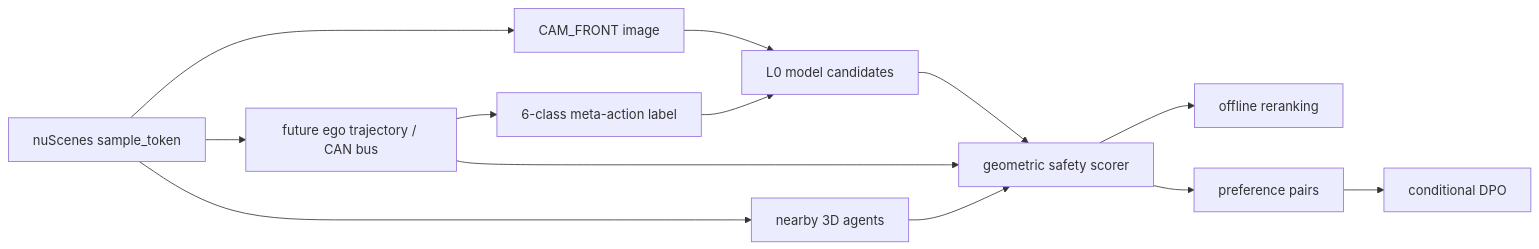
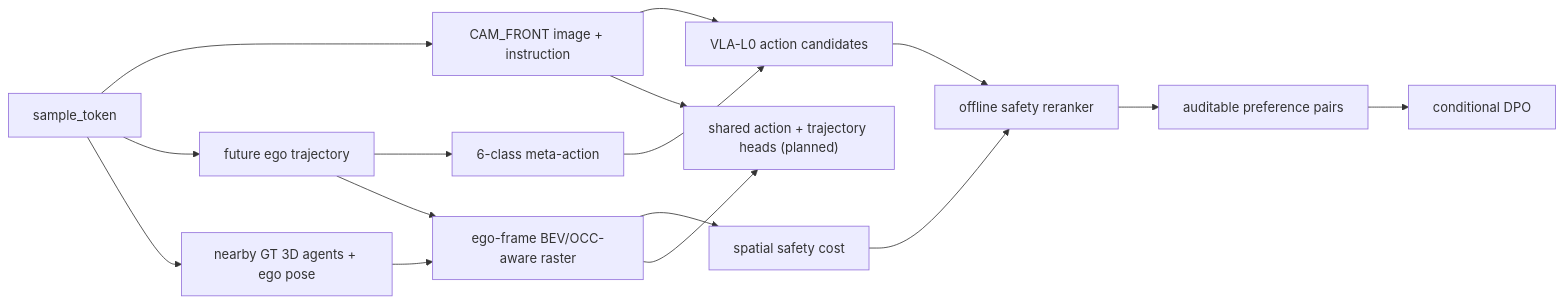
One commit to TNAG031231/4vla_learning changed the diagram in README.md. Above: the diagram before and after it, drawn with Mermaid. The commit also changed other lines of this file and 3 other files, not shown here.

Commit message:
docs: recalibrate VLA roadmap with BEV/OCC layer

````diff
--- a/README.md
+++ b/README.md
@@ -84,15 +24,18 @@
 ```mermaid
 flowchart LR
-    A["nuScenes sample_token"] --> B["CAM_FRONT image"]
-    A --> C["future ego trajectory / CAN bus"]
-    C --> D["6-class meta-action label"]
-    A --> E["nearby 3D agents"]
-    B --> F["L0 model candidates"]
+    A["sample_token"] --> B["CAM_FRONT image + instruction"]
+    A --> C["future ego trajectory"]
+    A --> D["nearby GT 3D agents + ego pose"]
+    C --> E["6-class meta-action"]
+    C --> F["ego-frame BEV/OCC-aware raster"]
     D --> F
-    C --> G["geometric safety scorer"]
+    B --> G["VLA-L0 action candidates"]
     E --> G
-    F --> G
-    G --> H["offline reranking"]
-    G --> I["preference pairs"]
-    I --> J["conditional DPO"]
+    F --> H["spatial safety cost"]
+    G --> I["offline safety reranker"]
+    H --> I
+    I --> J["auditable preference pairs"]
+    J --> K["conditional DPO"]
+    B --> L["shared action + trajectory heads (planned)"]
+    F --> L
 ```
````
